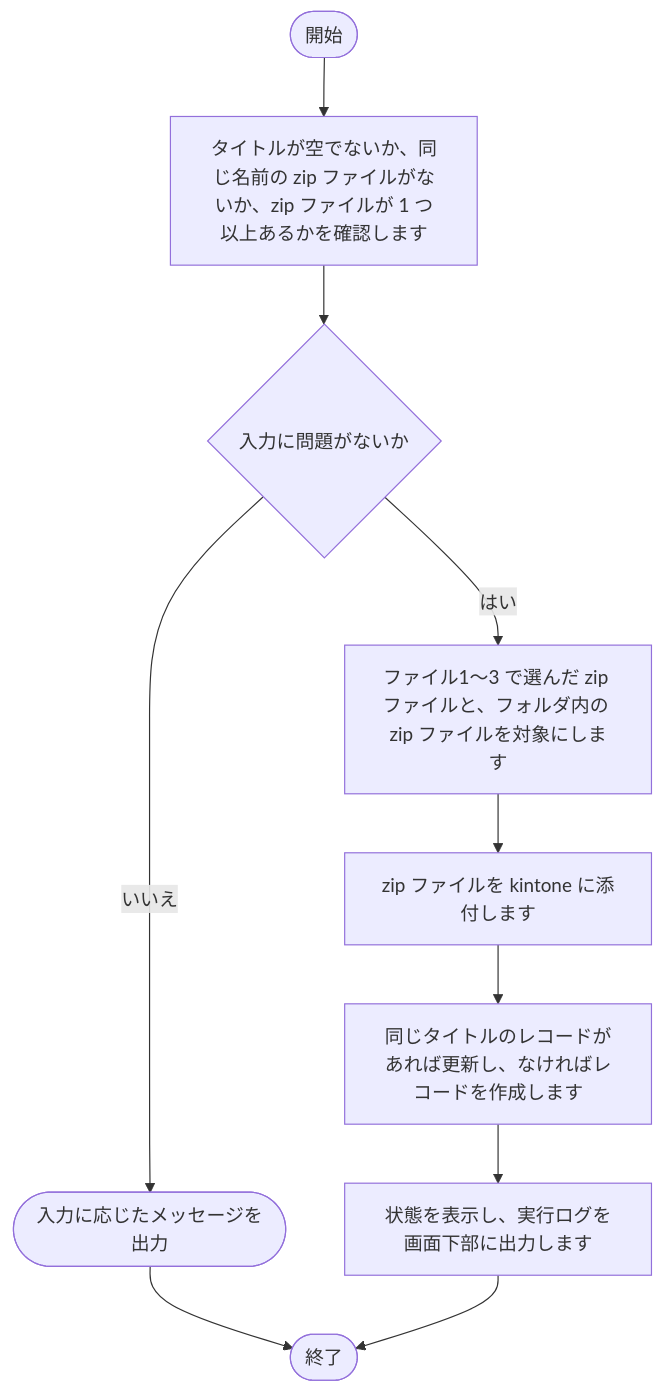
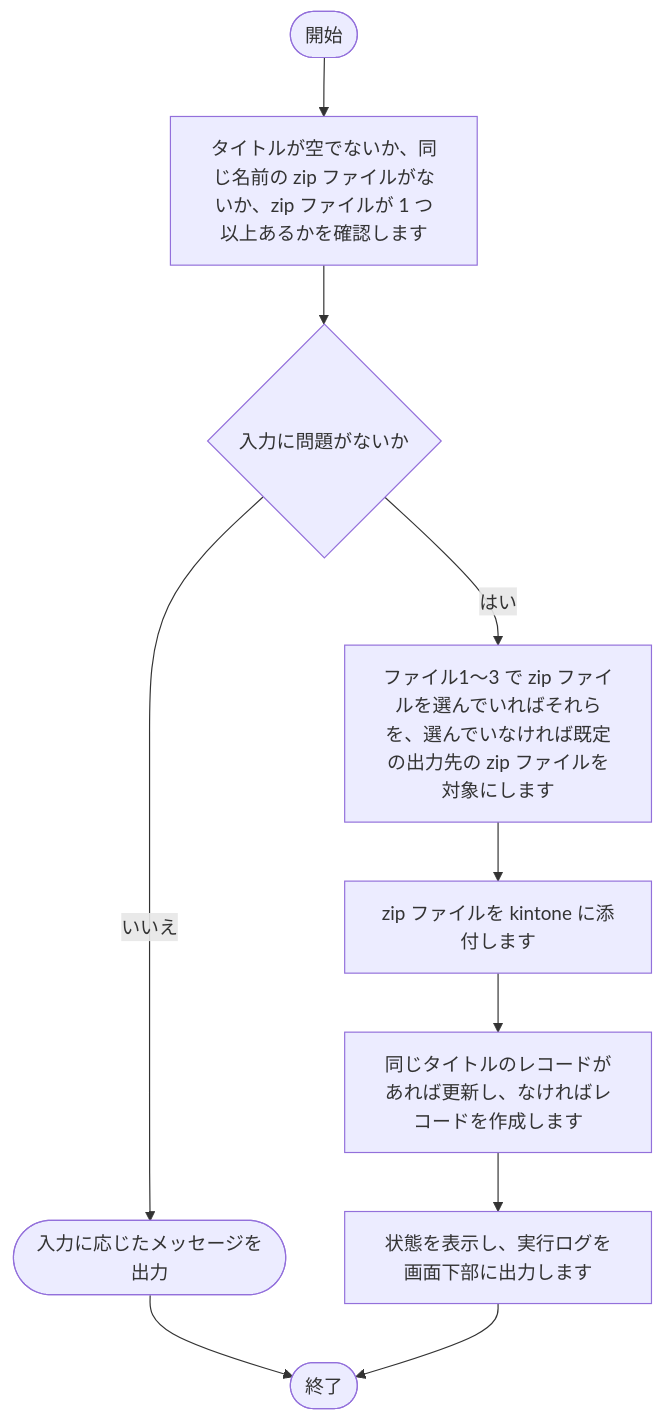
Before and after one commit to nishida2073/project_management: the third of 13 diagrams in tool/package-generator/doc/02_設計/処理フロー.md, drawn with Mermaid. The commit also changed other lines of this file and 30 other files, not shown here.

````diff
--- a/tool/package-generator/doc/02_設計/処理フロー.md
+++ b/tool/package-generator/doc/02_設計/処理フロー.md
@@ -103,21 +103,21 @@
 ```mermaid
 flowchart TD
     S(["開始"])
     E(["終了"])
     N1["タイトルが空でないか、同じ名前の zip ファイルがないか、zip ファイルが 1 つ以上あるかを確認します"]
     S --> N1
     N2{"入力に問題がないか"}
     N1 --> N2
     X1(["入力に応じたメッセージを出力"])
     N2 -- いいえ --> X1
     X1 --> E
-    N3["ファイル1〜3 で選んだ zip ファイルと、フォルダ内の zip ファイルを対象にします"]
+    N3["ファイル1〜3 で zip ファイルを選んでいればそれらを、選んでいなければ既定の出力先の zip ファイルを対象にします"]
     N2 -- はい --> N3
     N4["zip ファイルを kintone に添付します"]
     N3 --> N4
     N5["同じタイトルのレコードがあれば更新し、なければレコードを作成します"]
     N4 --> N5
     N6["状態を表示し、実行ログを画面下部に出力します"]
     N5 --> N6
     N6 --> E
 ```
````
